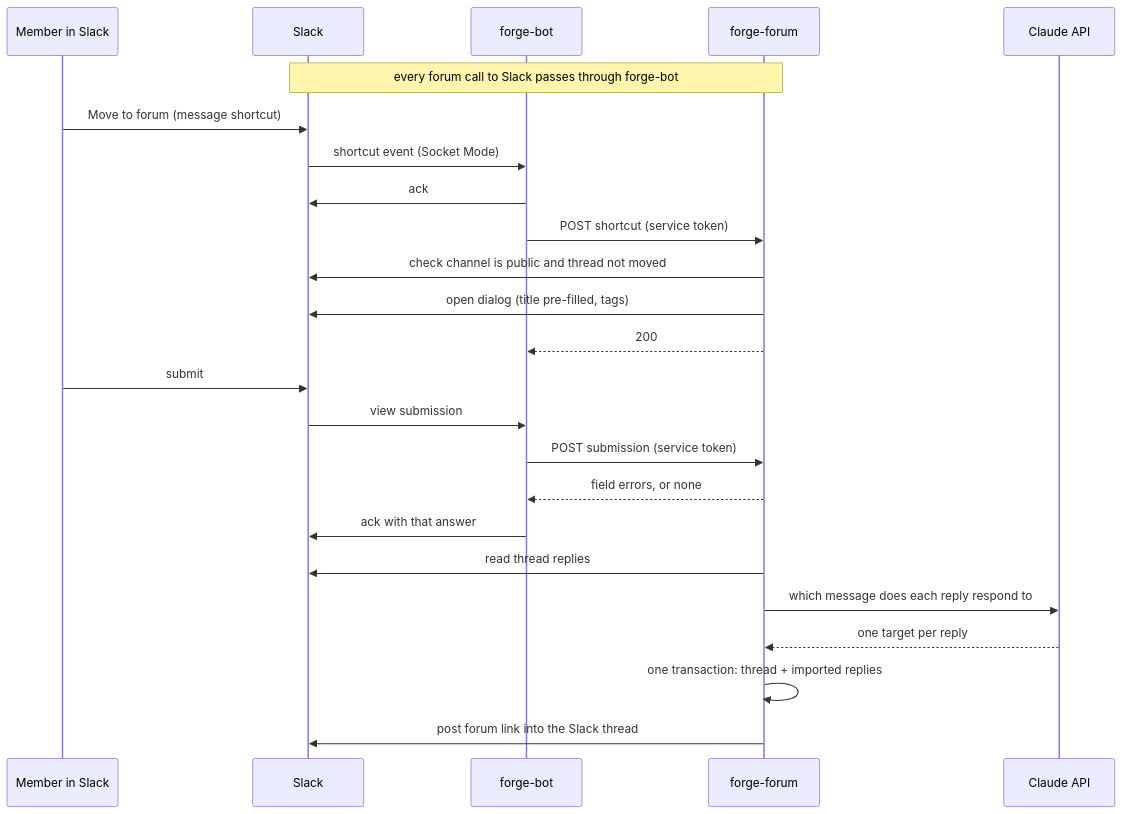
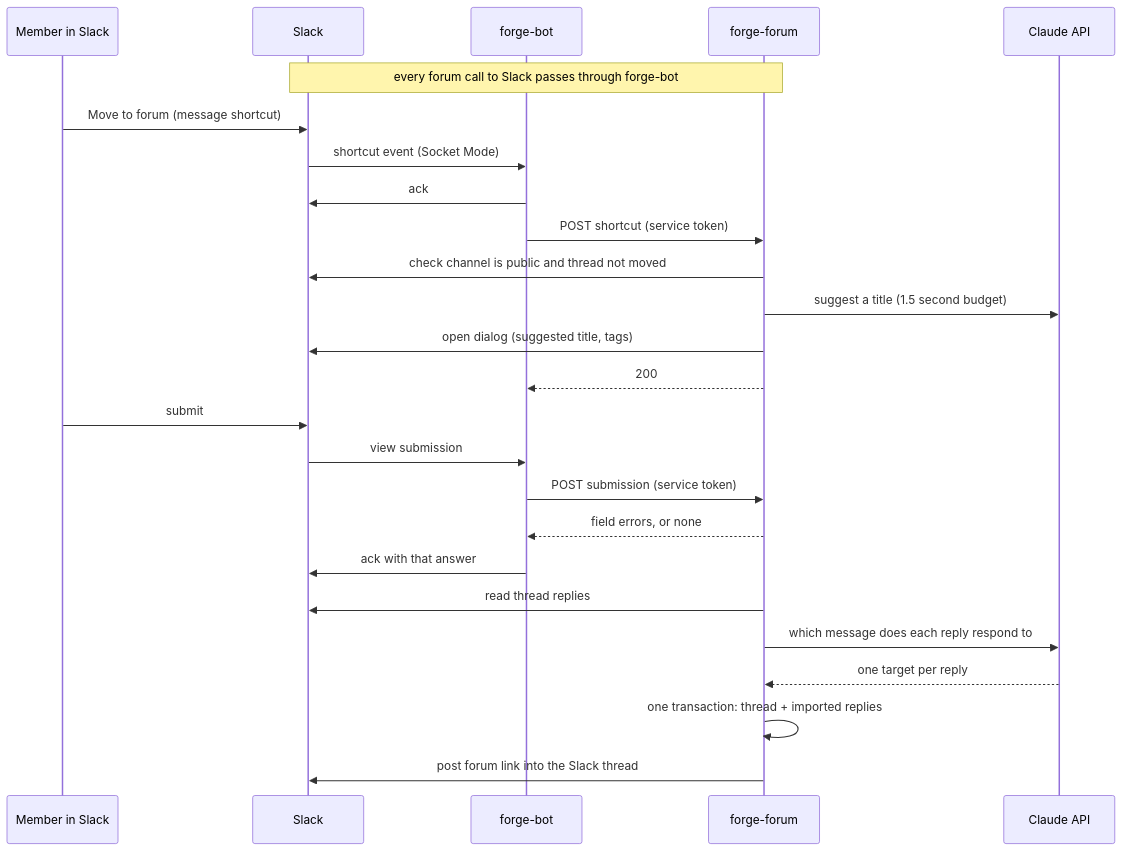
One commit to forgeutah/forge-forum changed the third of 3 diagrams in docs/plans/2026-11-17-001-feat-forge-forum-plan.md. Above: the diagram before and after it, drawn with Mermaid. The commit also changed other lines of this file and 7 other files, not shown here.

First line of the commit message:
feat(move): suggest a short thread title with AI in the move dialog

````diff
--- a/docs/plans/2026-11-17-001-feat-forge-forum-plan.md
+++ b/docs/plans/2026-11-17-001-feat-forge-forum-plan.md
@@ -235,26 +237,27 @@
 ```mermaid
 sequenceDiagram
   participant M as Member in Slack
   participant S as Slack
   participant G as forge-bot
   participant F as forge-forum
   participant C as Claude API
   Note over F,S: every forum call to Slack passes through forge-bot
   M->>S: Move to forum (message shortcut)
   S->>G: shortcut event (Socket Mode)
   G->>S: ack
   G->>F: POST shortcut (service token)
   F->>S: check channel is public and thread not moved
-  F->>S: open dialog (title pre-filled, tags)
+  F->>C: suggest a title (1.5 second budget)
+  F->>S: open dialog (suggested title, tags)
   F-->>G: 200
   M->>S: submit
   S->>G: view submission
   G->>F: POST submission (service token)
   F-->>G: field errors, or none
   G->>S: ack with that answer
   F->>S: read thread replies
   F->>C: which message does each reply respond to
   C-->>F: one target per reply
   F->>F: one transaction: thread + imported replies
   F->>S: post forum link into the Slack thread
 ```
````
